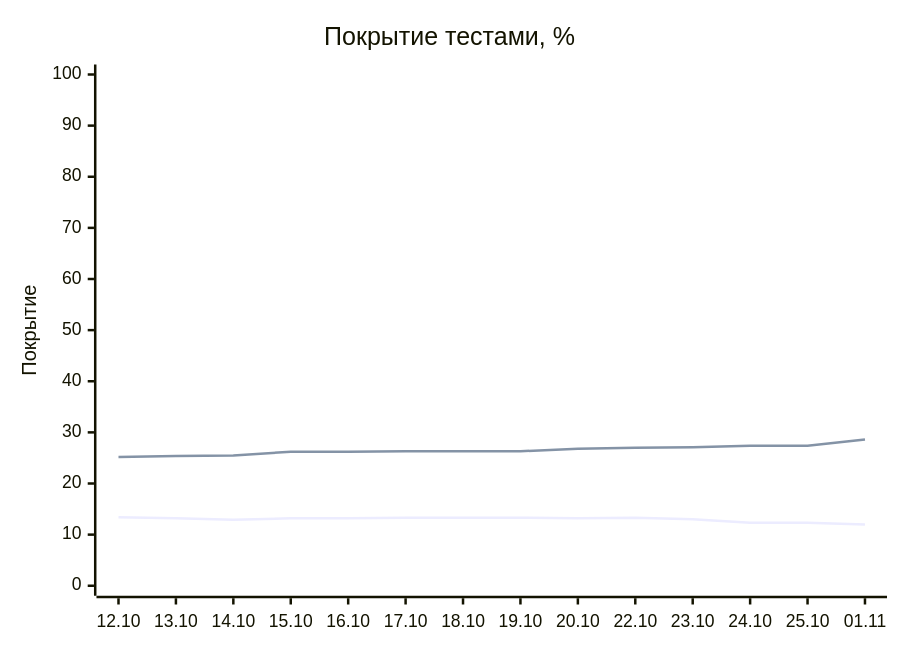
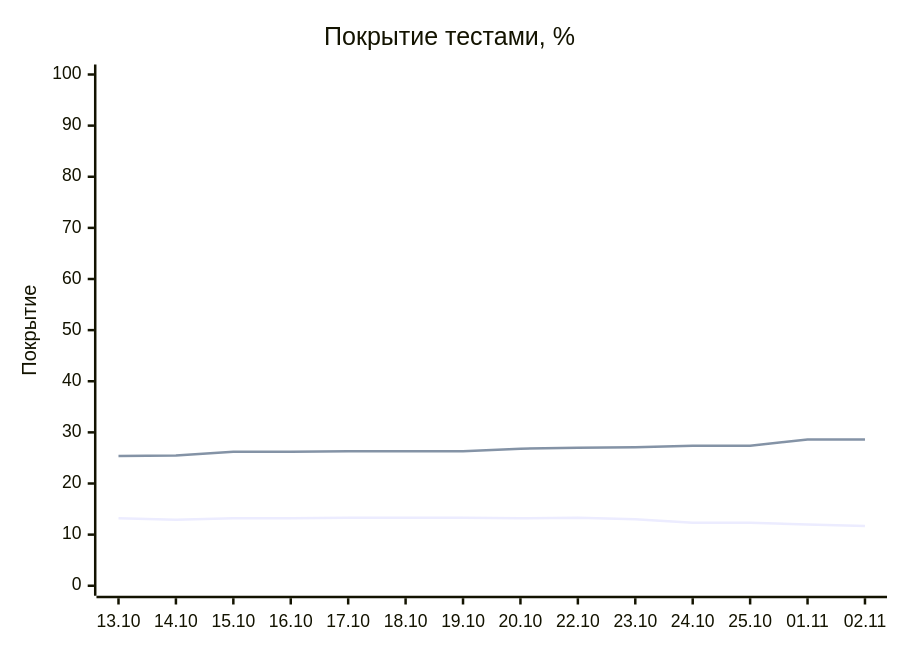
Before and after one commit to EvgeniBondarev/coverage-report: the diagram in README.md, drawn with Mermaid. The commit also changed other lines of this file and 3312 other files, not shown here.

````diff
--- a/README.md
+++ b/README.md
@@ -19,8 +19,8 @@
 ```mermaid
 xychart-beta
     title "Покрытие тестами, %"
-    x-axis ["12.10", "13.10", "14.10", "15.10", "16.10", "17.10", "18.10", "19.10", "20.10", "22.10", "23.10", "24.10", "25.10", "01.11"]
+    x-axis ["13.10", "14.10", "15.10", "16.10", "17.10", "18.10", "19.10", "20.10", "22.10", "23.10", "24.10", "25.10", "01.11", "02.11"]
     y-axis "Покрытие" 0 --> 100
-    line [13.4, 13.2, 12.9, 13.2, 13.2, 13.3, 13.3, 13.3, 13.2, 13.3, 13, 12.3, 12.3, 12]
-    line [25.2, 25.4, 25.5, 26.2, 26.2, 26.3, 26.3, 26.3, 26.8, 27, 27.1, 27.4, 27.4, 28.6]
+    line [13.2, 12.9, 13.2, 13.2, 13.3, 13.3, 13.3, 13.2, 13.3, 13, 12.3, 12.3, 12, 11.7]
+    line [25.4, 25.5, 26.2, 26.2, 26.3, 26.3, 26.3, 26.8, 27, 27.1, 27.4, 27.4, 28.6, 28.6]
 ```
````
